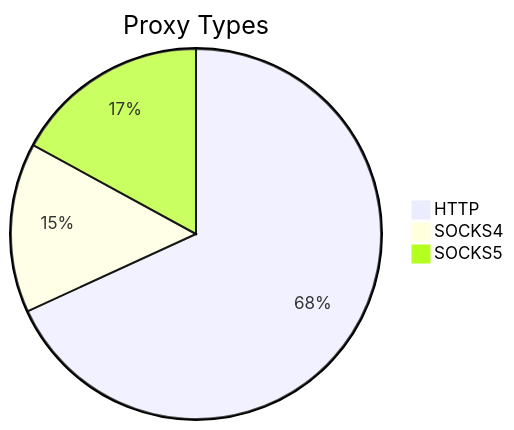
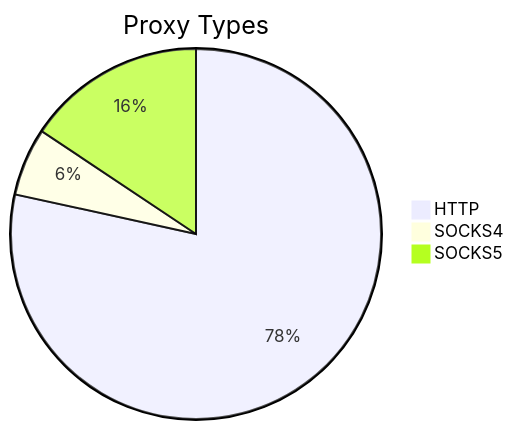
The first of 2 diagrams in README.md (stormsia/proxy-list), drawn with Mermaid before and after one commit. The commit also changed other lines of this file, not shown here.

````diff
--- a/README.md
+++ b/README.md
@@ -21,6 +21,6 @@
 ```mermaid
 pie title Proxy Types
-    "HTTP" : 428
-    "SOCKS4" : 93
-    "SOCKS5" : 107
+    "HTTP" : 331
+    "SOCKS4" : 25
+    "SOCKS5" : 66
 ```
````
